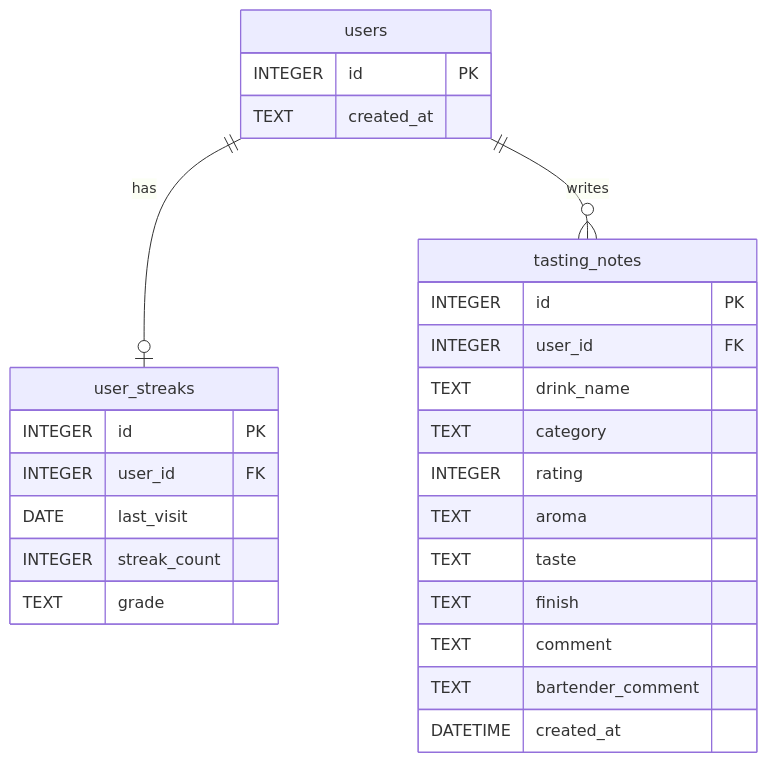
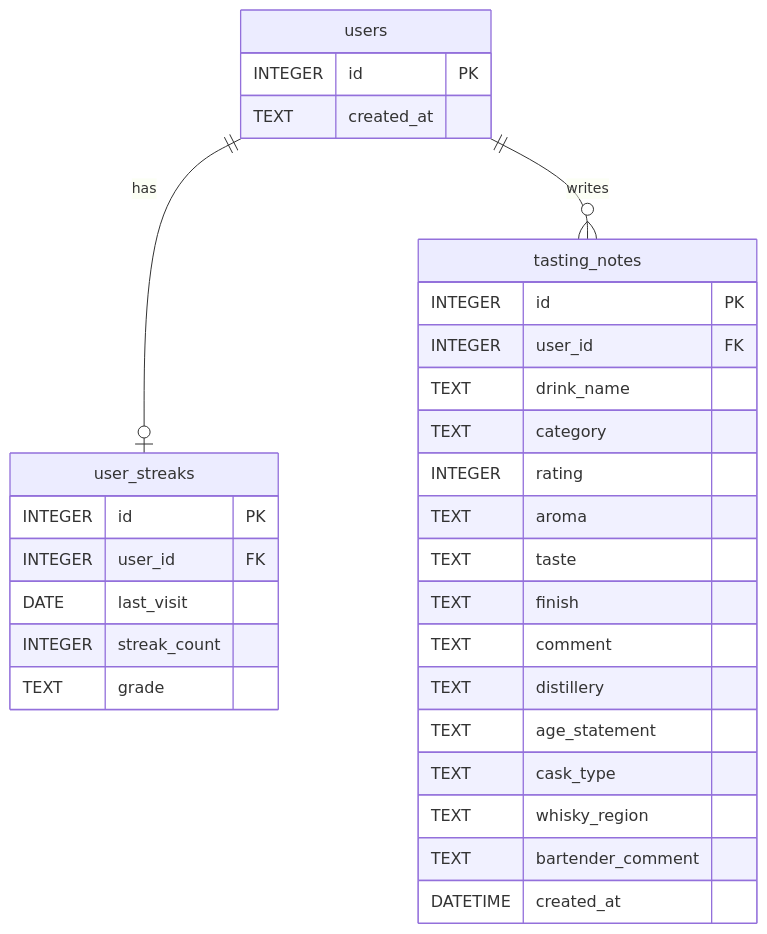
One commit to ravenkim/sundry_study changed the diagram in doc/db-schema.md. Above: the diagram before and after it, drawn with Mermaid. The commit also changed other lines of this file and 294 other files, not shown here.

````diff
--- a/doc/db-schema.md
+++ b/doc/db-schema.md
@@ -11,32 +11,36 @@
 ```mermaid
 erDiagram
     users ||--o| user_streaks : has
     users ||--o{ tasting_notes : writes
 
     users {
         INTEGER id PK
         TEXT created_at
     }
 
     user_streaks {
         INTEGER id PK
         INTEGER user_id FK
         DATE last_visit
         INTEGER streak_count
         TEXT grade
     }
 
     tasting_notes {
         INTEGER id PK
         INTEGER user_id FK
         TEXT drink_name
         TEXT category
         INTEGER rating
         TEXT aroma
         TEXT taste
         TEXT finish
         TEXT comment
+        TEXT distillery
+        TEXT age_statement
+        TEXT cask_type
+        TEXT whisky_region
         TEXT bartender_comment
         DATETIME created_at
     }
 ```
````
